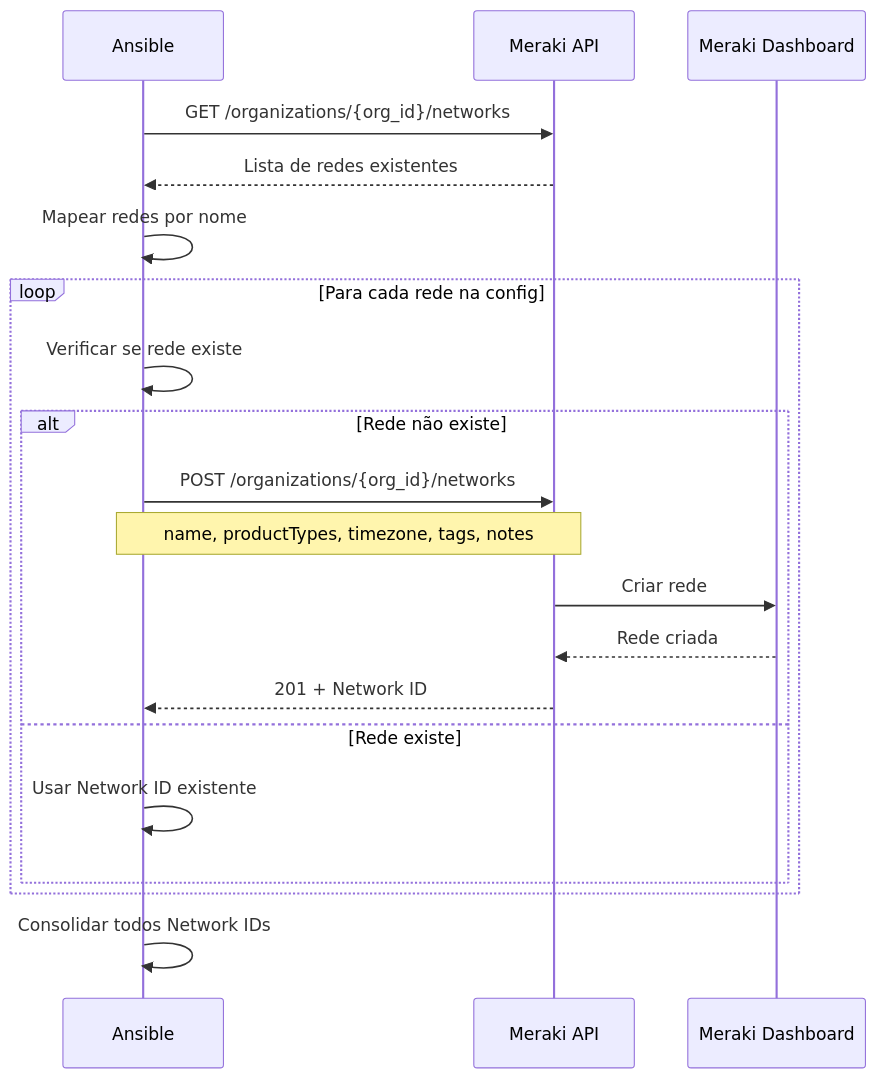
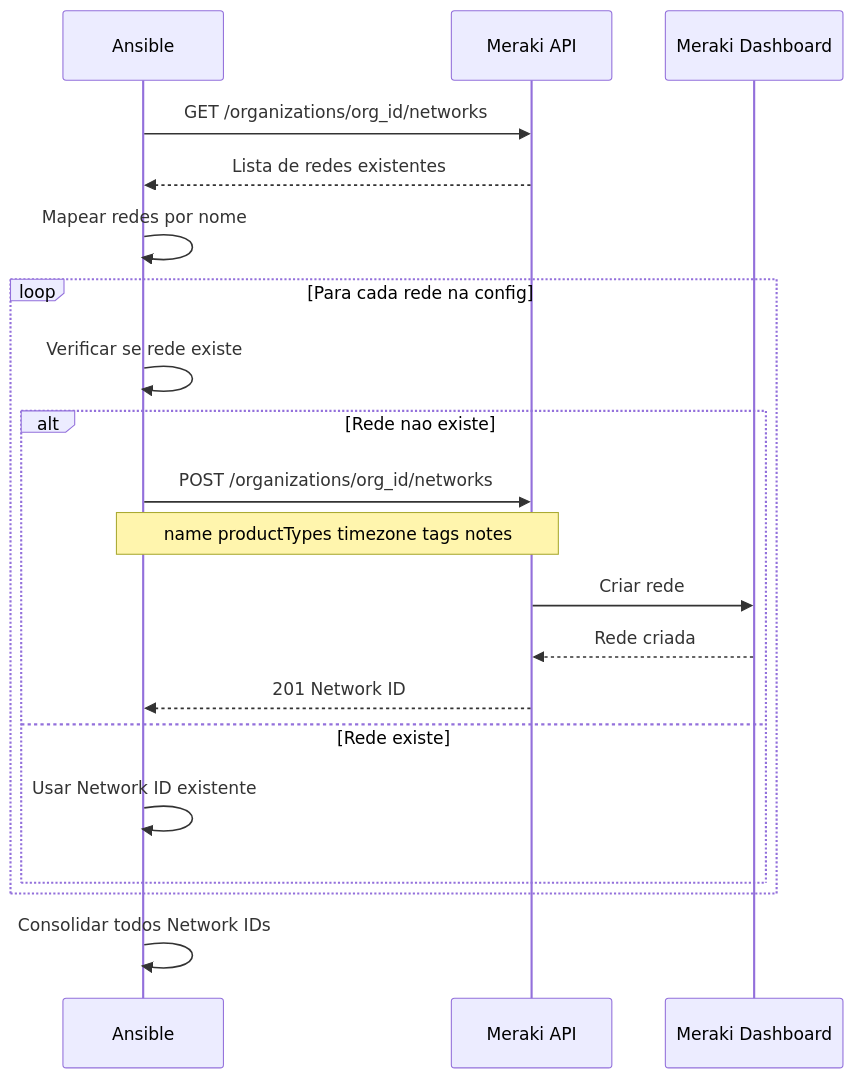
One commit to rodrigo-freitas-com/meraki-ansible changed the seventh of 13 diagrams in docs/system-modeling.md. Above: the diagram before and after it, drawn with Mermaid. The commit also changed other lines of this file, not shown here.

````diff
--- a/docs/system-modeling.md
+++ b/docs/system-modeling.md
@@ -264,27 +264,27 @@
 ```mermaid
 sequenceDiagram
     participant A as Ansible
     participant M as Meraki API
     participant DB as Meraki Dashboard
 
-    A->>M: GET /organizations/{org_id}/networks
+    A->>M: GET /organizations/org_id/networks
     M-->>A: Lista de redes existentes
 
     A->>A: Mapear redes por nome
 
     loop Para cada rede na config
         A->>A: Verificar se rede existe
 
-        alt Rede não existe
-            A->>M: POST /organizations/{org_id}/networks
-            Note over A,M: name, productTypes, timezone, tags, notes
+        alt Rede nao existe
+            A->>M: POST /organizations/org_id/networks
+            Note over A,M: name productTypes timezone tags notes
             M->>DB: Criar rede
             DB-->>M: Rede criada
-            M-->>A: 201 + Network ID
+            M-->>A: 201 Network ID
         else Rede existe
             A->>A: Usar Network ID existente
         end
     end
 
     A->>A: Consolidar todos Network IDs
 ```
````
